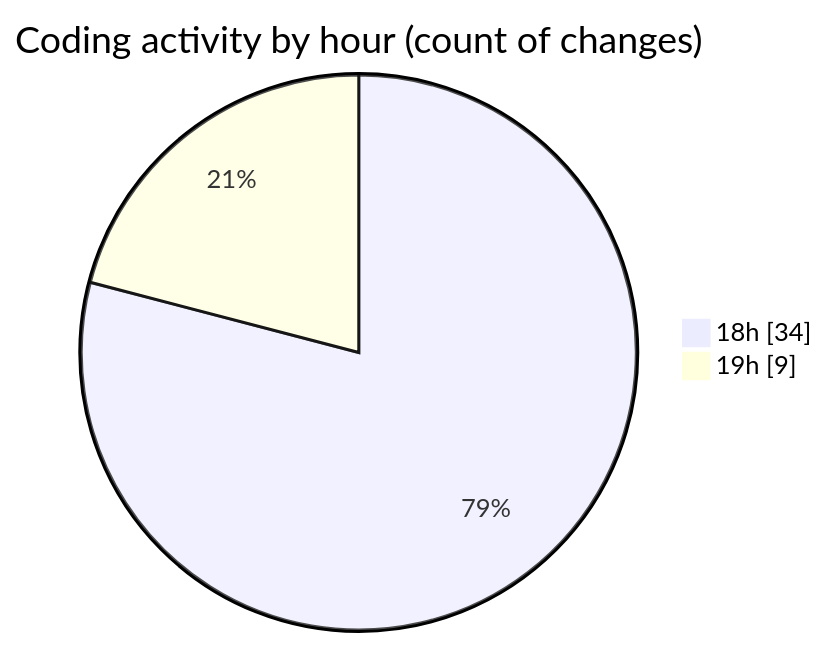
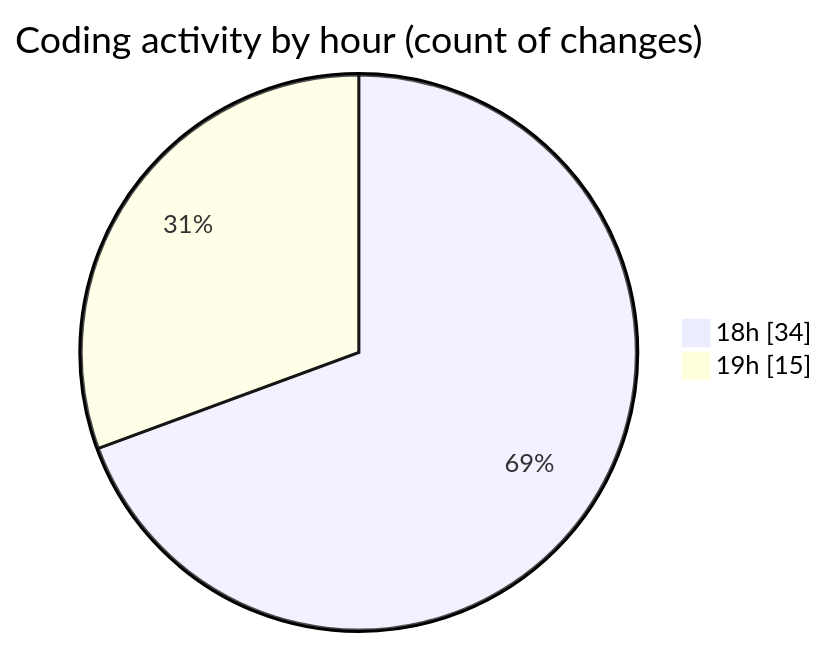
One commit to hasnaa123/code-tracking changed the second of 2 diagrams in 2025-12-28/java_basics/README.md. Above: the diagram before and after it, drawn with Mermaid. The commit also changed other lines of this file and 1 other file, not shown here.

````diff
--- a/2025-12-28/java_basics/README.md
+++ b/2025-12-28/java_basics/README.md
@@ -28,6 +28,6 @@
 ```mermaid
 pie showData
 title Coding activity by hour (count of changes)
 "18h" : 34
-"19h" : 9
+"19h" : 15
 ```
````
